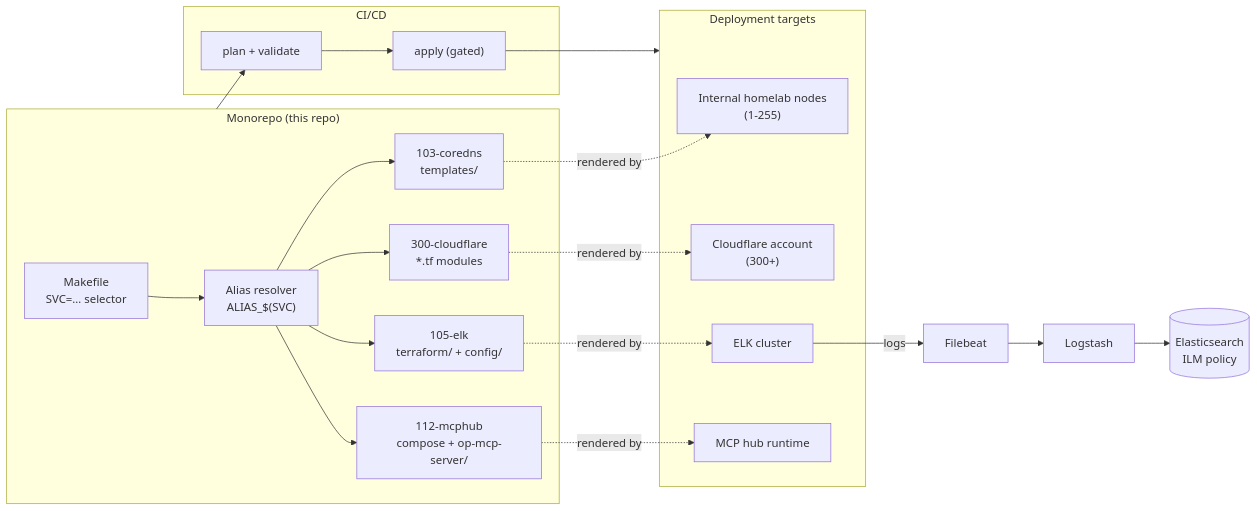
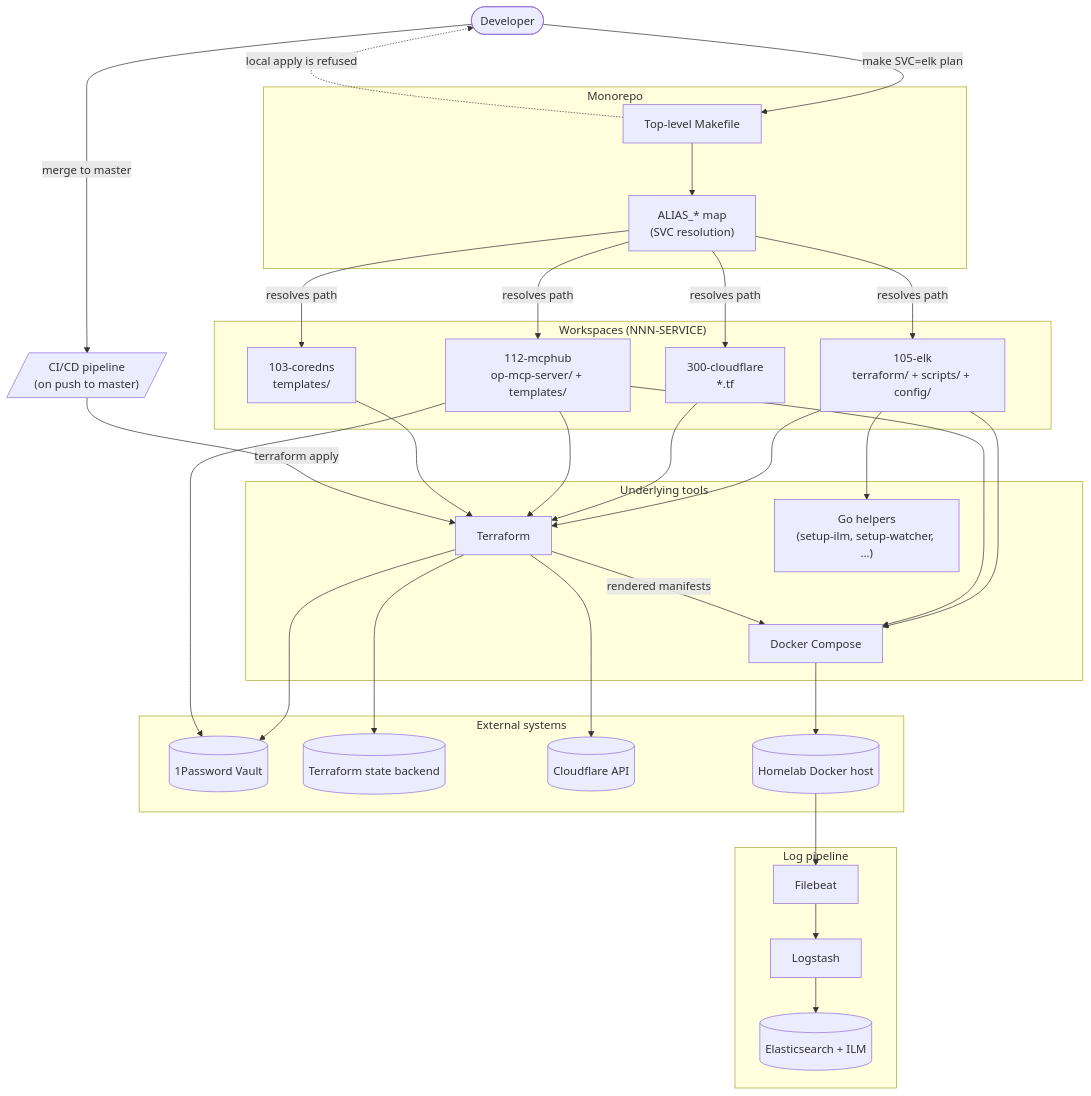
The diagram in README.md (jclee941/terraform), drawn with Mermaid before and after one commit. The commit also changed other lines of this file, not shown here.

````diff
--- a/README.md
+++ b/README.md
@@ -107,32 +81,66 @@
 ```mermaid
-flowchart LR
-    subgraph Repo["Monorepo (this repo)"]
-        MK["Makefile<br/>SVC=… selector"]
-        MK --> AL["Alias resolver<br/>ALIAS_$(SVC)"]
-        AL --> WS1["103-coredns<br/>templates/"]
-        AL --> WS2["105-elk<br/>terraform/ + config/"]
-        AL --> WS3["112-mcphub<br/>compose + op-mcp-server/"]
-        AL --> WS4["300-cloudflare<br/>*.tf modules"]
-    end
+flowchart TB
+  Dev([Developer])
 
-    subgraph CI["CI/CD"]
-        PLAN["plan + validate"]
-        APPLY["apply (gated)"]
-    end
+  subgraph Repo["Monorepo"]
+    MF[Top-level Makefile]
+    Aliases["ALIAS_* map<br/>(SVC resolution)"]
+  end
 
-    subgraph Targets["Deployment targets"]
-        T1["Internal homelab nodes<br/>(1-255)"]
-        T2["Cloudflare account<br/>(300+)"]
-        T3["ELK cluster"]
-        T4["MCP hub runtime"]
-    end
+  subgraph Workspaces["Workspaces (NNN-SERVICE)"]
+    Cdns["103-coredns<br/>templates/"]
+    Elk["105-elk<br/>terraform/ + scripts/ + config/"]
+    Mcp["112-mcphub<br/>op-mcp-server/ + templates/"]
+    Cf["300-cloudflare<br/>*.tf"]
+  end
 
-    WS2 -. rendered by .-> T3
-    WS3 -. rendered by .-> T4
-    WS1 -. rendered by .-> T1
-    WS4 -. rendered by .-> T2
-    Repo --> PLAN --> APPLY --> Targets
-    T3 -->|logs| FB["Filebeat"]
-    FB --> LS["Logstash"]
-    LS --> ES[("Elasticsearch<br/>ILM policy")]
+  subgraph Tooling["Underlying tools"]
+    TF[Terraform]
+    Compose[Docker Compose]
+    Go["Go helpers<br/>(setup-ilm, setup-watcher, ...)"]
+  end
+
+  subgraph Backends["External systems"]
+    OP[(1Password Vault)]
+    State[(Terraform state backend)]
+    CloudflareAPI[(Cloudflare API)]
+    DockerHost[(Homelab Docker host)]
+  end
+
+  subgraph Logging["Log pipeline"]
+    FB[Filebeat]
+    LS[Logstash]
+    ES[(Elasticsearch + ILM)]
+  end
+
+  CICD[/"CI/CD pipeline<br/>(on push to master)"/]
+
+  Dev -- "make SVC=elk plan" --> MF
+  MF --> Aliases
+  Aliases -->|resolves path| Cdns
+  Aliases -->|resolves path| Elk
+  Aliases -->|resolves path| Mcp
+  Aliases -->|resolves path| Cf
+
+  Elk --> TF
+  Cf --> TF
+  Mcp --> TF
+  Cdns --> TF
+  Elk --> Compose
+  Mcp --> Compose
+  Elk --> Go
+
+  TF --> OP
+  Mcp --> OP
+  TF --> State
+  TF --> CloudflareAPI
+
+  TF -- "rendered manifests" --> Compose
+  Compose --> DockerHost
+  DockerHost --> FB
+  FB --> LS --> ES
+
+  MF -. "local apply is refused" .-> Dev
+  Dev -- "merge to master" --> CICD
+  CICD -- "terraform apply" --> TF
 ```
````
